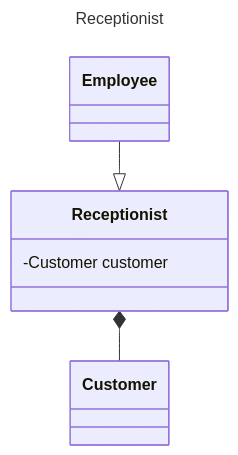
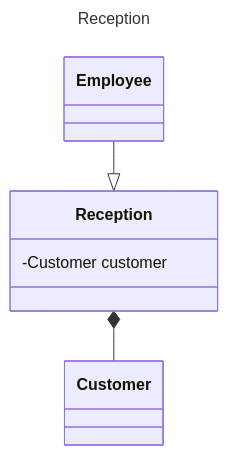
One commit to roxashrb/2425-cc3-1e-project-team-and-jerry changed the diagram in class-diagrams/Class-Diagram-Receptionist.md. Above: the diagram before and after it, drawn with Mermaid.

````diff
--- a/class-diagrams/Class-Diagram-Receptionist.md
+++ b/class-diagrams/Class-Diagram-Receptionist.md
@@ -1,11 +1,11 @@
 ```mermaid
 ---
-title: Receptionist
+title: Reception
 ---
 classDiagram
-    Employee --|> Receptionist
-    Receptionist *-- Customer
-    class Receptionist {
+    Employee --|> Reception
+    Reception *-- Customer
+    class Reception {
         -Customer customer
     }
 ```
````
